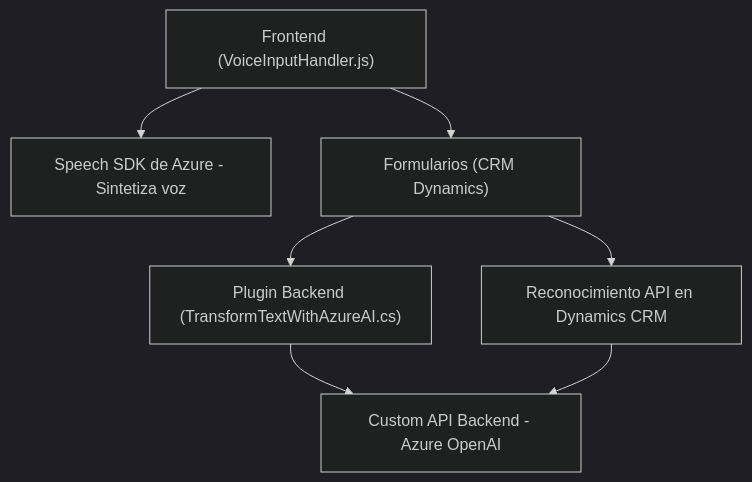
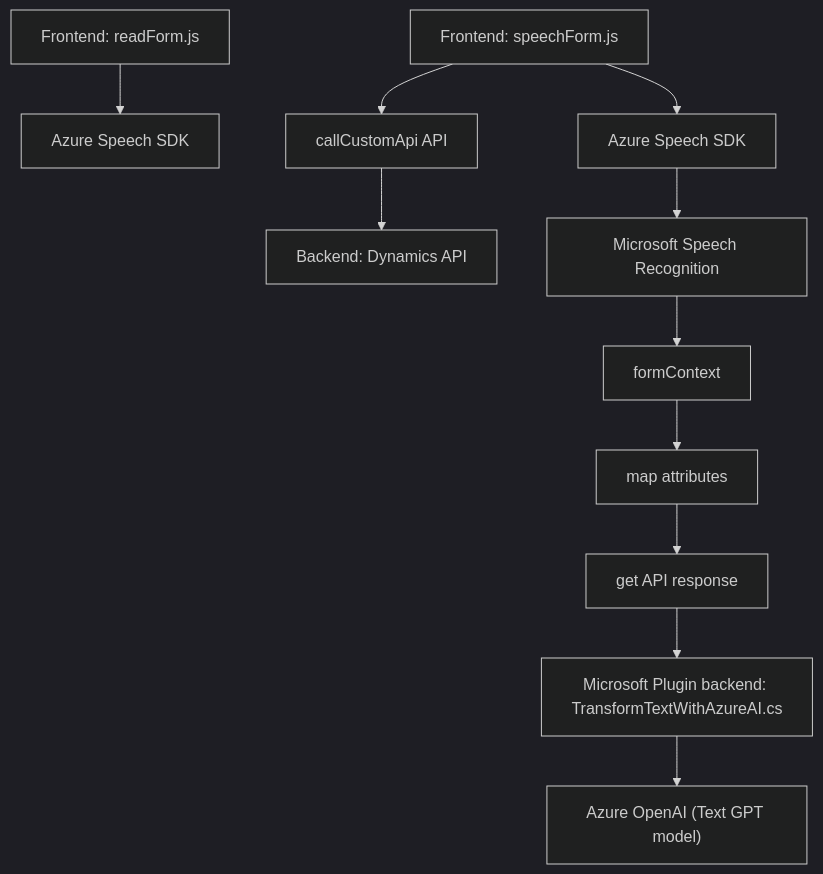
One commit to blopezdm/NETCORE_BILBAO2025 changed the diagram in README.md. Above: the diagram before and after it, drawn with Mermaid (dark theme). The commit also changed other lines of this file, not shown here.

````diff
--- a/README.md
+++ b/README.md
@@ -40,16 +51,13 @@
 ```mermaid
 graph TD
-    A["Frontend (VoiceInputHandler.js)"]
-    B["Speech SDK de Azure - Sintetiza voz"]
-    C["Reconocimiento API en Dynamics CRM"]
-    D["Custom API Backend - Azure OpenAI"]
-    E["Plugin Backend (TransformTextWithAzureAI.cs)"]
-    G["Formularios (CRM Dynamics)"]
-
-    A --> B
-    A --> G
-    G --> E
-    E --> D
-    G --> C
-    C --> D
+    A1["Frontend: readForm.js"] --> B1["Azure Speech SDK"]
+    A2["Frontend: speechForm.js"] --> B2["Azure Speech SDK"]
+    A2 --> C1["callCustomApi API"]
+    C1 --> D1["Backend: Dynamics API"]
+    B2 --> D2["Microsoft Speech Recognition"]
+    D2 --> C2["formContext"]
+    C2 --> E1["map attributes"]
+    E1 --> E2["get API response"]
+    E2 --> D3["Microsoft Plugin backend: TransformTextWithAzureAI.cs"]
+    D3 --> F1["Azure OpenAI (Text GPT model)"]
 ```
````
